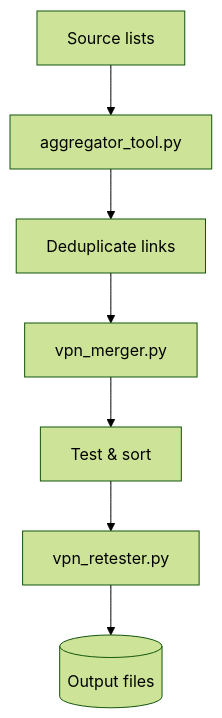
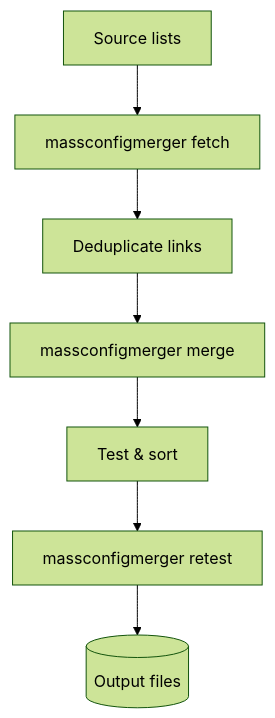
One commit to AmirrezaFarnamTaheri/MassConfigMerger changed the diagram in docs/tutorial.md. Above: the diagram before and after it, drawn with Mermaid (forest theme). The commit also changed other lines of this file and 50 other files, not shown here.

````diff
--- a/docs/tutorial.md
+++ b/docs/tutorial.md
@@ -50,9 +37,9 @@
 ```mermaid
 graph TD
-    A[Source lists] --> B[aggregator_tool.py]
+    A[Source lists] --> B[massconfigmerger fetch]
     B --> C[Deduplicate links]
-    C --> D[vpn_merger.py]
+    C --> D[massconfigmerger merge]
     D --> E[Test & sort]
-    E --> F[vpn_retester.py]
+    E --> F[massconfigmerger retest]
     F --> G[(Output files)]
 ```
````
